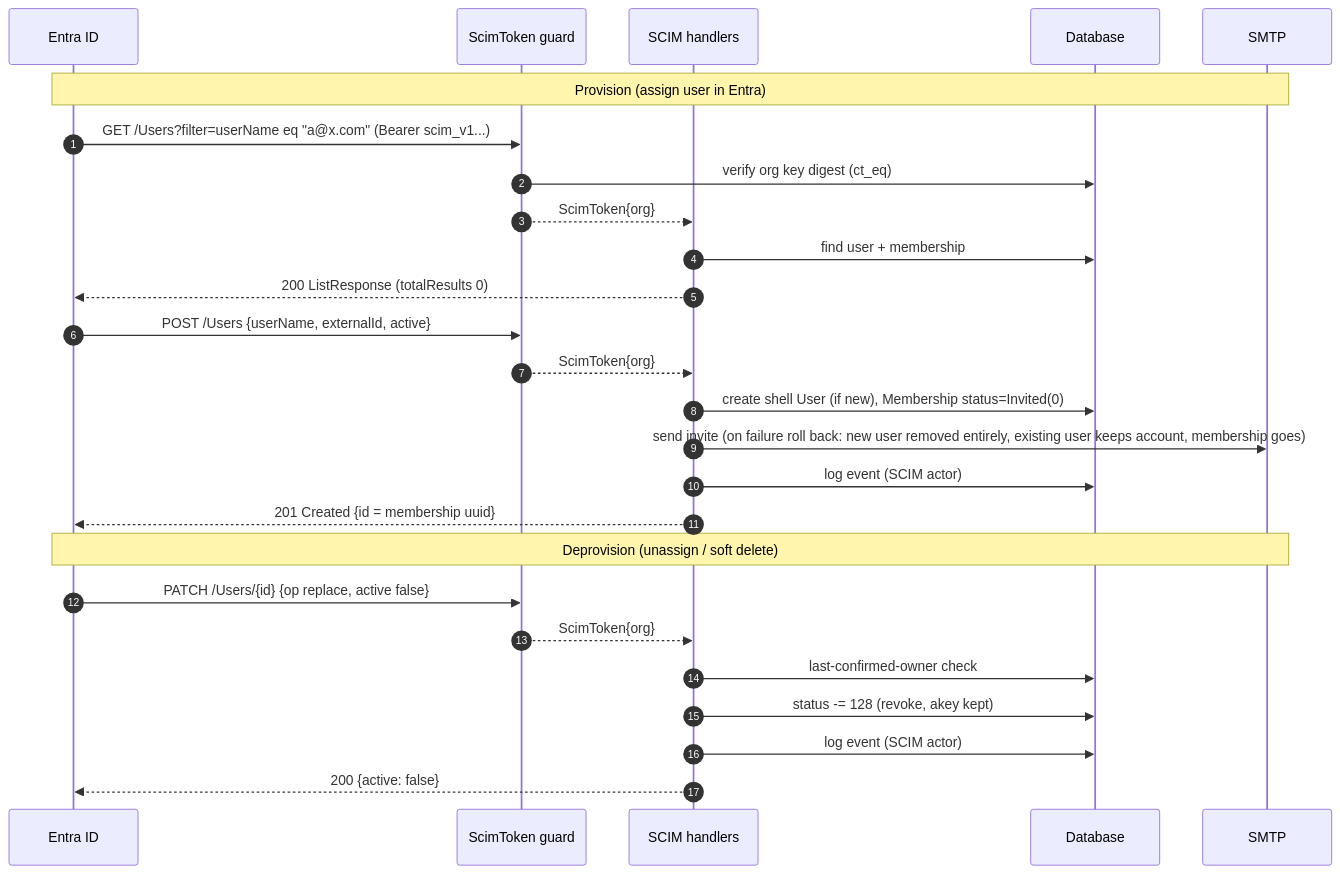
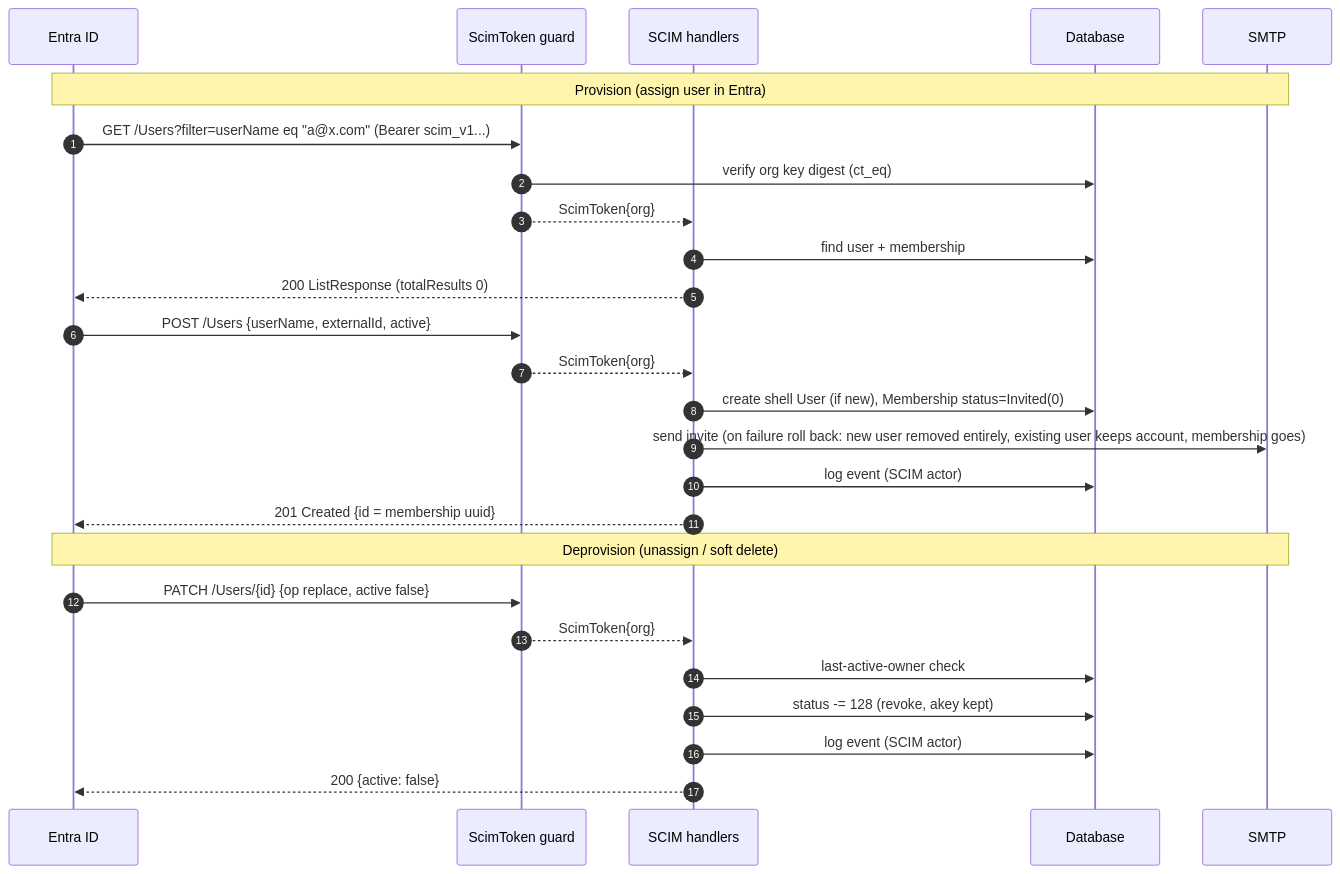
The first of 9 diagrams in docs/scim/design.md (croftinator/vaultwarden-scim-v2), drawn with Mermaid before and after one commit. The commit also changed other lines of this file and 10 other files, not shown here.

````diff
--- a/docs/scim/design.md
+++ b/docs/scim/design.md
@@ -8,30 +8,30 @@
 ```mermaid
 sequenceDiagram
     autonumber
     participant Entra as Entra ID
     participant Guard as ScimToken guard
     participant H as SCIM handlers
     participant DB as Database
     participant Mail as SMTP
 
     Note over Entra,Mail: Provision (assign user in Entra)
     Entra->>Guard: GET /Users?filter=userName eq "a@x.com" (Bearer scim_v1...)
     Guard->>DB: verify org key digest (ct_eq)
     Guard-->>H: ScimToken{org}
     H->>DB: find user + membership
     H-->>Entra: 200 ListResponse (totalResults 0)
     Entra->>Guard: POST /Users {userName, externalId, active}
     Guard-->>H: ScimToken{org}
     H->>DB: create shell User (if new), Membership status=Invited(0)
     H->>Mail: send invite (on failure roll back: new user removed entirely, existing user keeps account, membership goes)
     H->>DB: log event (SCIM actor)
     H-->>Entra: 201 Created {id = membership uuid}
 
     Note over Entra,Mail: Deprovision (unassign / soft delete)
     Entra->>Guard: PATCH /Users/{id} {op replace, active false}
     Guard-->>H: ScimToken{org}
-    H->>DB: last-confirmed-owner check
+    H->>DB: last-active-owner check
     H->>DB: status -= 128 (revoke, akey kept)
     H->>DB: log event (SCIM actor)
     H-->>Entra: 200 {active: false}
 ```
````
